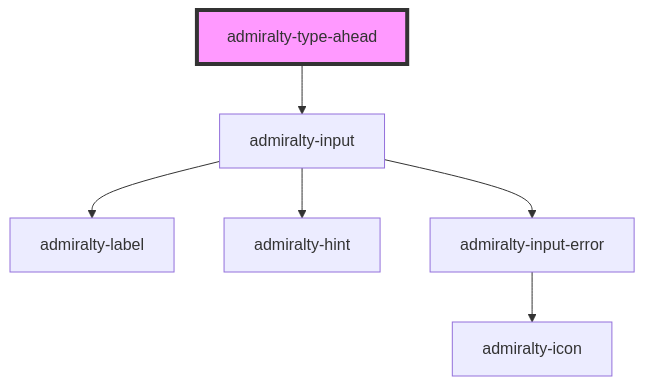
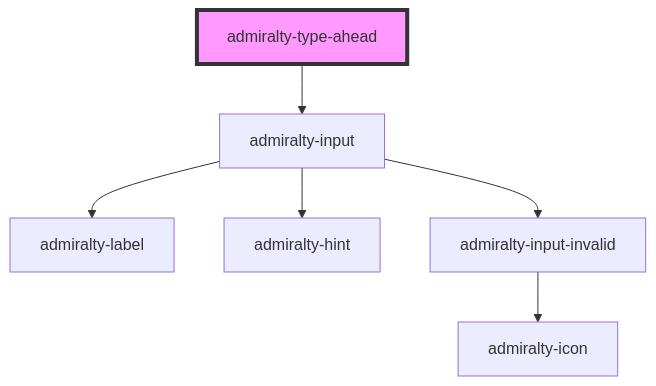
Before and after one commit to UKHO/admiralty-design-system: the diagram in packages/core/src/components/type-ahead/readme.md, drawn with Mermaid. The commit also changed other lines of this file and 26 other files, not shown here.

Commit message:
Rename admiralty-input-error to admiralty-input-invalid

````diff
--- a/packages/core/src/components/type-ahead/readme.md
+++ b/packages/core/src/components/type-ahead/readme.md
@@ -34,9 +32,9 @@
 ```mermaid
 graph TD;
   admiralty-type-ahead --> admiralty-input
   admiralty-input --> admiralty-label
   admiralty-input --> admiralty-hint
-  admiralty-input --> admiralty-input-error
-  admiralty-input-error --> admiralty-icon
+  admiralty-input --> admiralty-input-invalid
+  admiralty-input-invalid --> admiralty-icon
   style admiralty-type-ahead fill:#f9f,stroke:#333,stroke-width:4px
 ```
````
